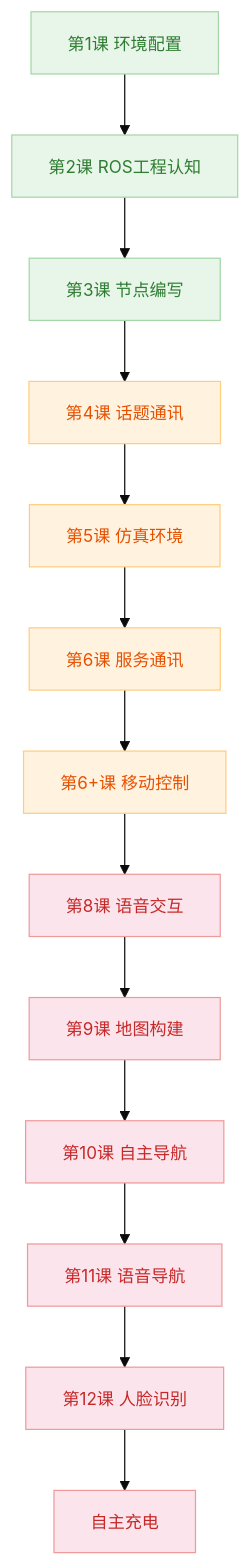
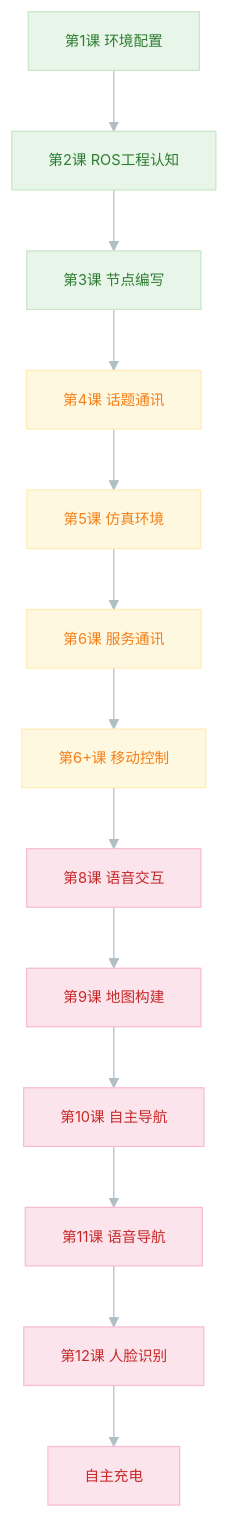
The diagram in README.md (Ovo-Milo/ROS-Learning), drawn with Mermaid before and after one commit.

Commit message:
style: Mermaid 圆角边框 + 细箭头 + 12px字号

````diff
--- a/README.md
+++ b/README.md
@@ -56,30 +56,32 @@
 ```mermaid
-%%{init: {'theme': 'base', 'themeVariables': {'fontSize': '14px'}}}%%
+%%{init: {'theme': 'base', 'themeVariables': {'fontSize': '12px', 'borderRadius': '20px', 'lineColor': '#90a4ae', 'arrowColor': '#90a4ae', 'primaryColor': '#e3f2fd', 'primaryTextColor': '#37474f', 'primaryBorderColor': '#90caf9'}}}%%
 graph TD
     A["第1课 环境配置"] --> B["第2课 ROS工程认知"]
     B --> C["第3课 节点编写"]
     C --> D["第4课 话题通讯"]
     D --> E["第5课 仿真环境"]
     E --> F["第6课 服务通讯"]
     F --> G["第6+课 移动控制"]
     G --> H["第8课 语音交互"]
     H --> I["第9课 地图构建"]
     I --> J["第10课 自主导航"]
     J --> K["第11课 语音导航"]
     K --> L["第12课 人脸识别"]
     L --> M["自主充电"]
 
-    style A fill:#e8f5e9,stroke:#a5d6a7,color:#2e7d32
-    style B fill:#e8f5e9,stroke:#a5d6a7,color:#2e7d32
-    style C fill:#e8f5e9,stroke:#a5d6a7,color:#2e7d32
-    style D fill:#fff3e0,stroke:#ffcc80,color:#e65100
-    style E fill:#fff3e0,stroke:#ffcc80,color:#e65100
-    style F fill:#fff3e0,stroke:#ffcc80,color:#e65100
-    style G fill:#fff3e0,stroke:#ffcc80,color:#e65100
-    style H fill:#fce4ec,stroke:#ef9a9a,color:#c62828
-    style I fill:#fce4ec,stroke:#ef9a9a,color:#c62828
-    style J fill:#fce4ec,stroke:#ef9a9a,color:#c62828
-    style K fill:#fce4ec,stroke:#ef9a9a,color:#c62828
-    style L fill:#fce4ec,stroke:#ef9a9a,color:#c62828
-    style M fill:#fce4ec,stroke:#ef9a9a,color:#c62828
+    style A fill:#e8f5e9,stroke:#c8e6c9,color:#2e7d32,stroke-width:1px
+    style B fill:#e8f5e9,stroke:#c8e6c9,color:#2e7d32,stroke-width:1px
+    style C fill:#e8f5e9,stroke:#c8e6c9,color:#2e7d32,stroke-width:1px
+    style D fill:#fff8e1,stroke:#ffecb3,color:#f57f17,stroke-width:1px
+    style E fill:#fff8e1,stroke:#ffecb3,color:#f57f17,stroke-width:1px
+    style F fill:#fff8e1,stroke:#ffecb3,color:#f57f17,stroke-width:1px
+    style G fill:#fff8e1,stroke:#ffecb3,color:#f57f17,stroke-width:1px
+    style H fill:#fce4ec,stroke:#f8bbd0,color:#c62828,stroke-width:1px
+    style I fill:#fce4ec,stroke:#f8bbd0,color:#c62828,stroke-width:1px
+    style J fill:#fce4ec,stroke:#f8bbd0,color:#c62828,stroke-width:1px
+    style K fill:#fce4ec,stroke:#f8bbd0,color:#c62828,stroke-width:1px
+    style L fill:#fce4ec,stroke:#f8bbd0,color:#c62828,stroke-width:1px
+    style M fill:#fce4ec,stroke:#f8bbd0,color:#c62828,stroke-width:1px
+
+    linkStyle default stroke:#b0bec5,stroke-width:1px
 ```
````
